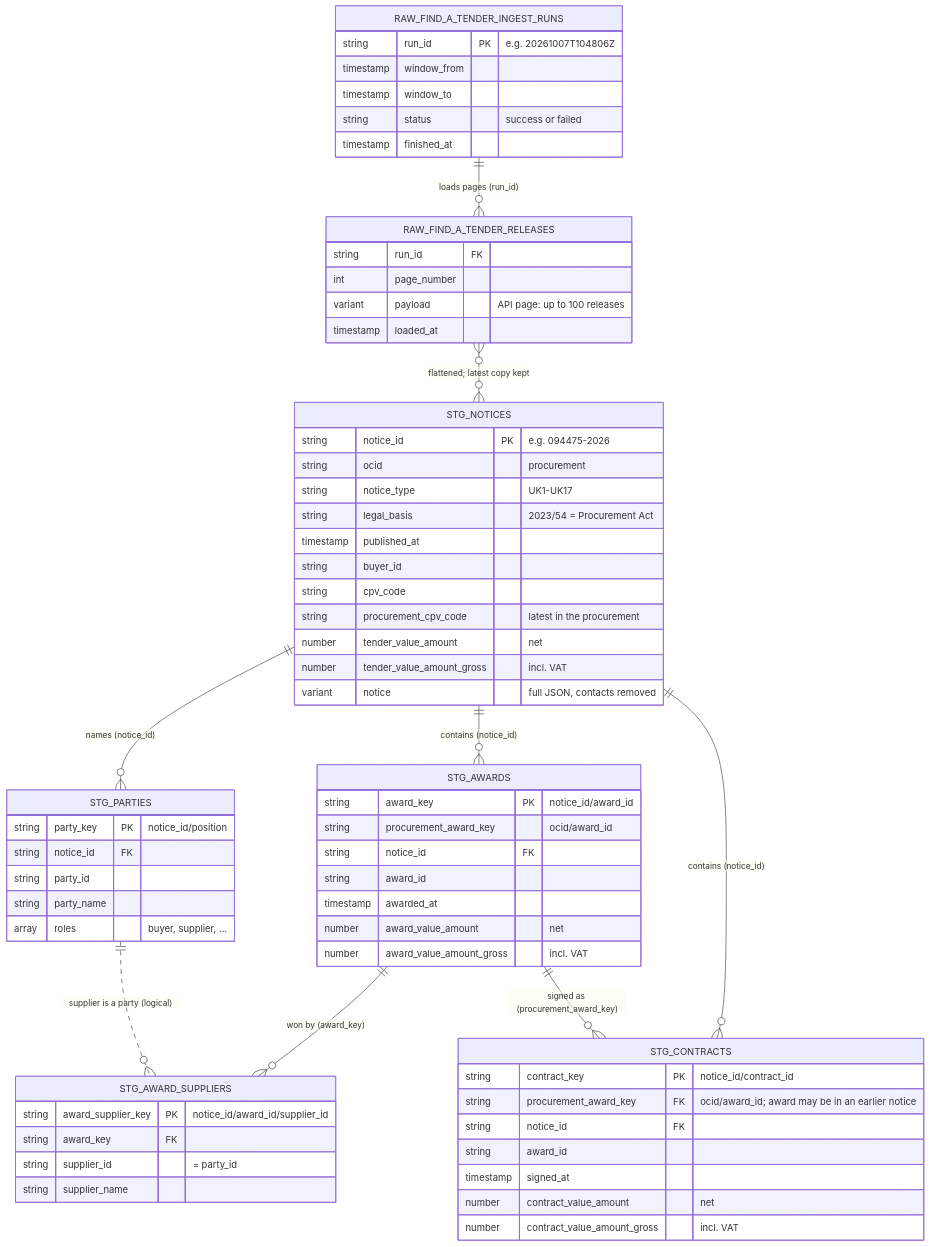
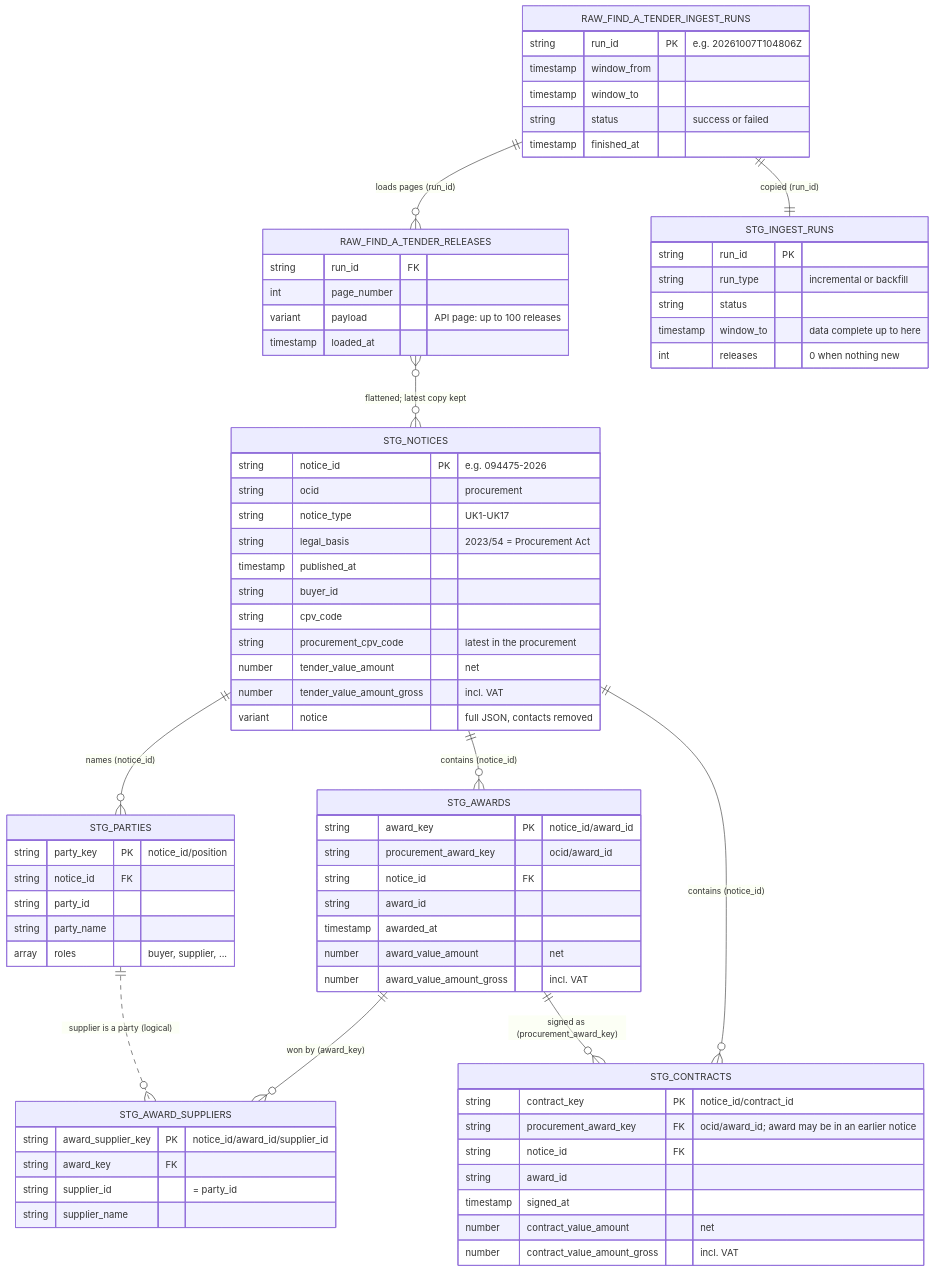
Before and after one commit to jacekjastrzebski/uk-tenders-dbt-snowflake: the diagram in docs/diagrams/staging-erd.md, drawn with Mermaid. The commit also changed other lines of this file and 6 other files, not shown here.

First line of the commit message:
Fix "Data as of" getting stuck when no new notices arrive

````diff
--- a/docs/diagrams/staging-erd.md
+++ b/docs/diagrams/staging-erd.md
@@ -5,69 +5,77 @@
 ```mermaid
 erDiagram
     RAW_FIND_A_TENDER_INGEST_RUNS ||--o{ RAW_FIND_A_TENDER_RELEASES : "loads pages (run_id)"
+    RAW_FIND_A_TENDER_INGEST_RUNS ||--|| STG_INGEST_RUNS : "copied (run_id)"
     RAW_FIND_A_TENDER_RELEASES }o--o{ STG_NOTICES : "flattened; latest copy kept"
     STG_NOTICES ||--o{ STG_PARTIES : "names (notice_id)"
     STG_NOTICES ||--o{ STG_AWARDS : "contains (notice_id)"
     STG_NOTICES ||--o{ STG_CONTRACTS : "contains (notice_id)"
     STG_AWARDS ||--o{ STG_AWARD_SUPPLIERS : "won by (award_key)"
     STG_AWARDS ||--o{ STG_CONTRACTS : "signed as (procurement_award_key)"
     STG_PARTIES ||..o{ STG_AWARD_SUPPLIERS : "supplier is a party (logical)"
 
     RAW_FIND_A_TENDER_INGEST_RUNS {
         string run_id PK "e.g. 20261007T104806Z"
         timestamp window_from
         timestamp window_to
         string status "success or failed"
         timestamp finished_at
+    }
+    STG_INGEST_RUNS {
+        string run_id PK
+        string run_type "incremental or backfill"
+        string status
+        timestamp window_to "data complete up to here"
+        int releases "0 when nothing new"
     }
     RAW_FIND_A_TENDER_RELEASES {
         string run_id FK
         int page_number
         variant payload "API page: up to 100 releases"
         timestamp loaded_at
     }
     STG_NOTICES {
         string notice_id PK "e.g. 094475-2026"
         string ocid "procurement"
         string notice_type "UK1-UK17"
         string legal_basis "2023/54 = Procurement Act"
         timestamp published_at
         string buyer_id
         string cpv_code
         string procurement_cpv_code "latest in the procurement"
         number tender_value_amount "net"
         number tender_value_amount_gross "incl. VAT"
         variant notice "full JSON, contacts removed"
     }
     STG_PARTIES {
         string party_key PK "notice_id/position"
         string notice_id FK
         string party_id
         string party_name
         array roles "buyer, supplier, ..."
     }
     STG_AWARDS {
         string award_key PK "notice_id/award_id"
         string procurement_award_key "ocid/award_id"
         string notice_id FK
         string award_id
         timestamp awarded_at
         number award_value_amount "net"
         number award_value_amount_gross "incl. VAT"
     }
     STG_AWARD_SUPPLIERS {
         string award_supplier_key PK "notice_id/award_id/supplier_id"
         string award_key FK
         string supplier_id "= party_id"
         string supplier_name
     }
     STG_CONTRACTS {
         string contract_key PK "notice_id/contract_id"
         string procurement_award_key FK "ocid/award_id; award may be in an earlier notice"
         string notice_id FK
         string award_id
         timestamp signed_at
         number contract_value_amount "net"
         number contract_value_amount_gross "incl. VAT"
     }
 ```
````
